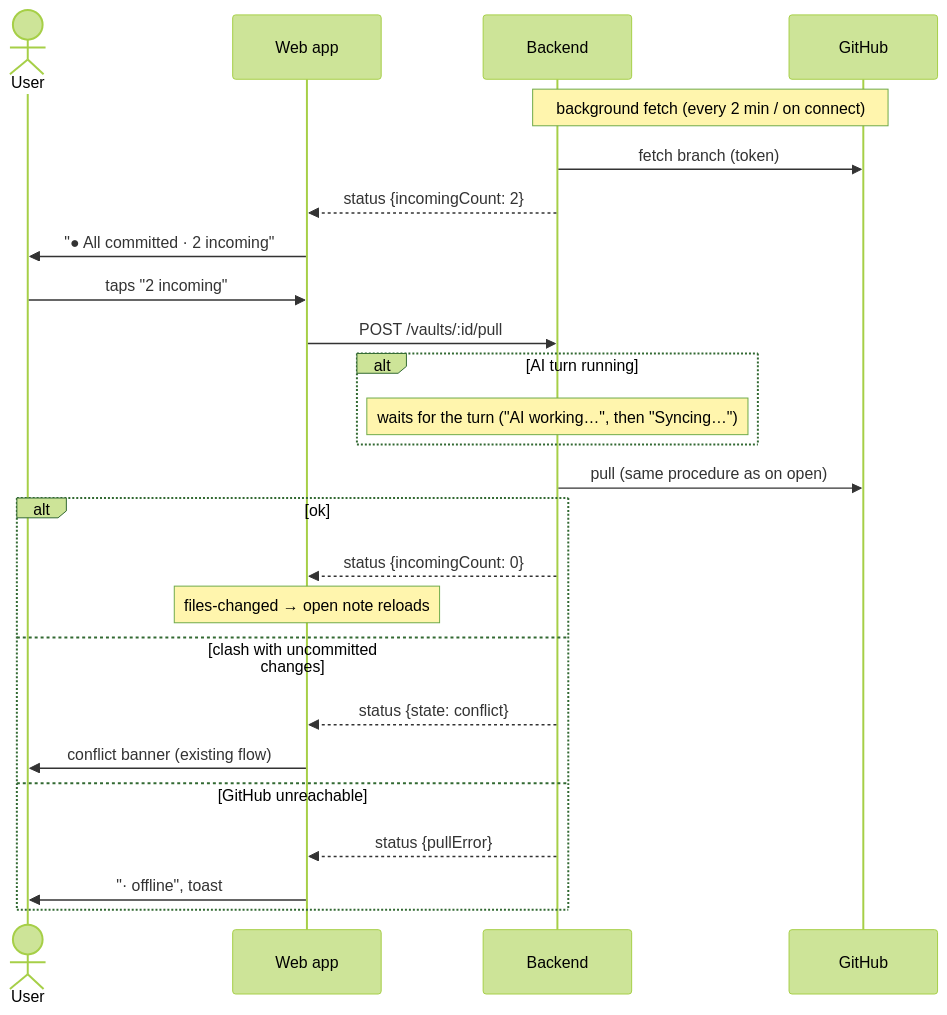
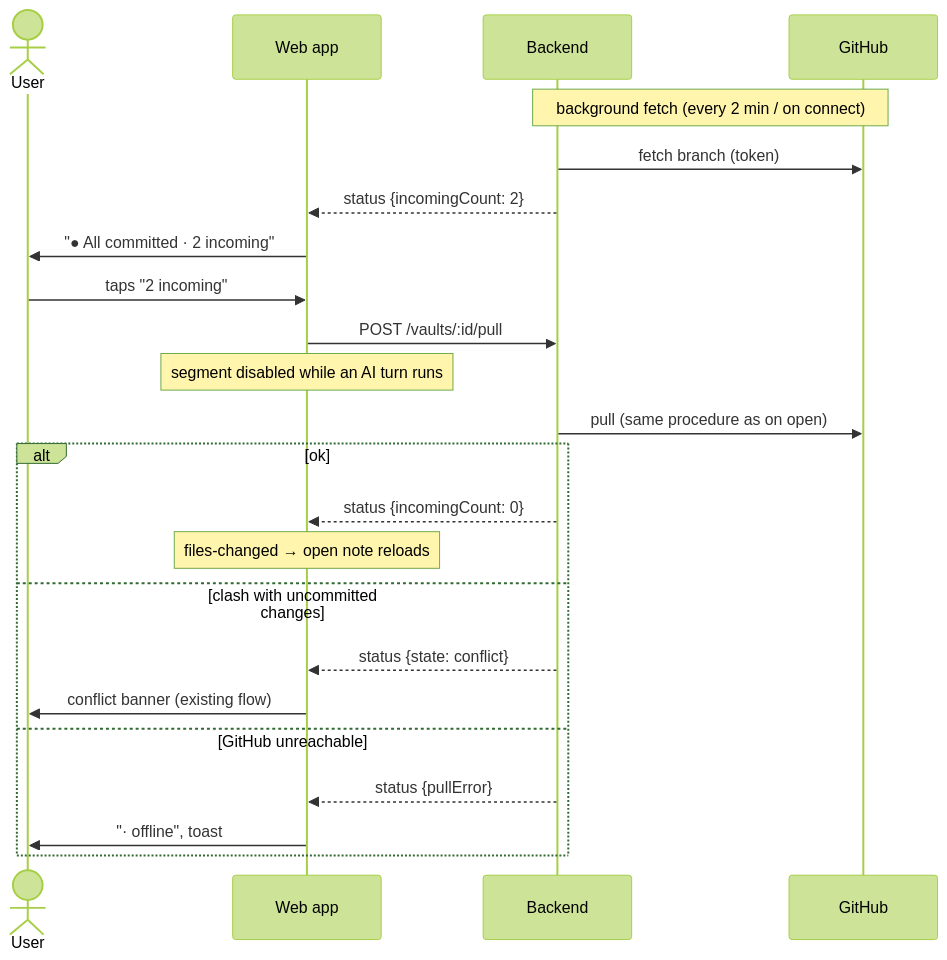
One commit to tillg/karpathy.app changed the third of 3 diagrams in specs/changes/remote-changes/domain.md. Above: the diagram before and after it, drawn with Mermaid (forest theme). The commit also changed other lines of this file and 3 other files, not shown here.

````diff
--- a/specs/changes/remote-changes/domain.md
+++ b/specs/changes/remote-changes/domain.md
@@ -79,27 +84,25 @@
 ```mermaid
 sequenceDiagram
     actor U as User
     participant W as Web app
     participant B as Backend
     participant G as GitHub
     Note over B,G: background fetch (every 2 min / on connect)
     B->>G: fetch branch (token)
     B-->>W: status {incomingCount: 2}
     W->>U: "● All committed · 2 incoming"
     U->>W: taps "2 incoming"
     W->>B: POST /vaults/:id/pull
-    alt AI turn running
-      Note over B: waits for the turn ("AI working…", then "Syncing…")
-    end
+    Note over W: segment disabled while an AI turn runs
     B->>G: pull (same procedure as on open)
     alt ok
       B-->>W: status {incomingCount: 0}
       Note over W: files-changed → open note reloads
     else clash with uncommitted changes
       B-->>W: status {state: conflict}
       W->>U: conflict banner (existing flow)
     else GitHub unreachable
       B-->>W: status {pullError}
       W->>U: "· offline", toast
     end
 ```
````
